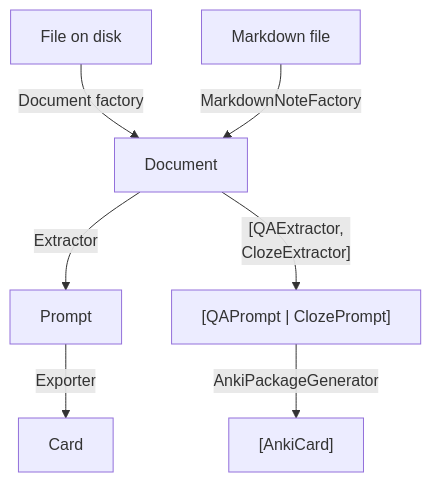
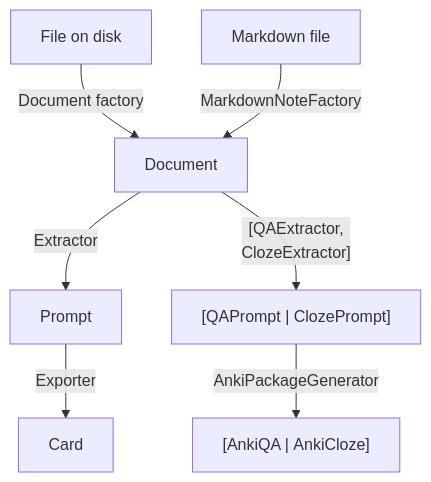
Before and after one commit to MartinBernstorff/Memium: the diagram in readme.md, drawn with Mermaid.

````diff
--- a/readme.md
+++ b/readme.md
@@ -19,16 +19,16 @@
 ```mermaid
 
 graph TD 
 	FD["File on disk"]
 	FD -- Document factory --> Document
 	Document -- Extractor --> Prompt
 	Prompt -- Exporter --> Card 
  
 	MD["Markdown file"]
 	 Prompts["[QAPrompt | ClozePrompt]"]
-  Cards["[AnkiCard]"]
+  Cards["[AnkiQA | AnkiCloze]"]
  
 	MD -- MarkdownNoteFactory --> Document
 	Document -- "[QAExtractor, \nClozeExtractor]" --> Prompts
 	Prompts -- AnkiPackageGenerator --> Cards
  ```
````
